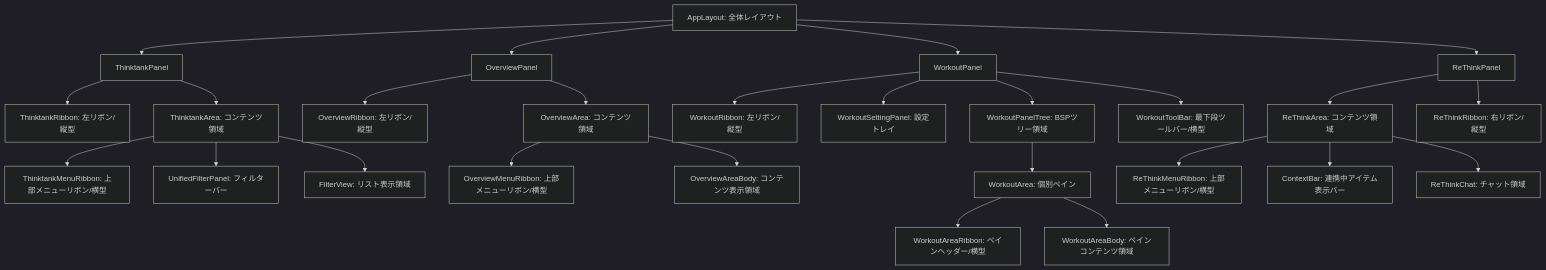
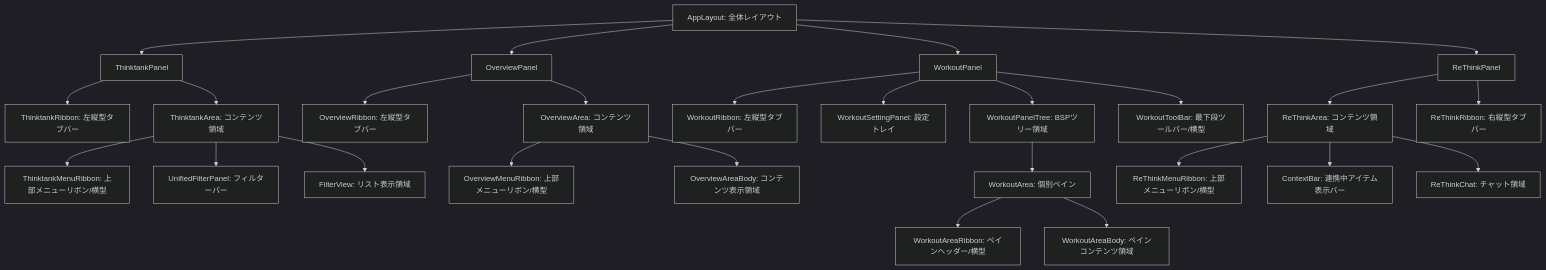
Before and after one commit to gogowooky/ThinktankWebCC: the diagram in docs/260606_Thinktank仕様書/02_UI・画面レイアウト仕様.md, drawn with Mermaid (dark theme). The commit also changed other lines of this file and 7 other files, not shown here.

````diff
--- a/docs/260606_Thinktank仕様書/02_UI・画面レイアウト仕様.md
+++ b/docs/260606_Thinktank仕様書/02_UI・画面レイアウト仕様.md
@@ -26,32 +26,32 @@
 ```mermaid
 graph TD
     AppLayout[AppLayout: 全体レイアウト] --> TTP[ThinktankPanel]
     AppLayout --> OP[OverviewPanel]
     AppLayout --> WP[WorkoutPanel]
     AppLayout --> RTP[ReThinkPanel]
 
-    TTP --> TTR[ThinktankRibbon: 左リボン/縦型]
+    TTP --> TTR[ThinktankRibbon: 左縦型タブバー]
     TTP --> TTA[ThinktankArea: コンテンツ領域]
     TTA --> TTMR[ThinktankMenuRibbon: 上部メニューリボン/横型]
     TTA --> TTF[UnifiedFilterPanel: フィルターバー]
     TTA --> TTB[FilterView: リスト表示領域]
 
-    OP --> OPR[OverviewRibbon: 左リボン/縦型]
+    OP --> OPR[OverviewRibbon: 左縦型タブバー]
     OP --> OPA[OverviewArea: コンテンツ領域]
     OPA --> OPMR[OverviewMenuRibbon: 上部メニューリボン/横型]
     OPA --> OPB[OverviewAreaBody: コンテンツ表示領域]
 
-    WP --> WRB[WorkoutRibbon: 左リボン/縦型]
+    WP --> WRB[WorkoutRibbon: 左縦型タブバー]
     WP --> WSP[WorkoutSettingPanel: 設定トレイ]
     WP --> WPT[WorkoutPanelTree: BSPツリー領域]
     WPT --> BSP[WorkoutArea: 個別ペイン]
     BSP --> WAR[WorkoutAreaRibbon: ペインヘッダー/横型]
     BSP --> WAB[WorkoutAreaBody: ペインコンテンツ領域]
     WP --> WTB[WorkoutToolBar: 最下段ツールバー/横型]
 
     RTP --> RTA[ReThinkArea: コンテンツ領域]
     RTA --> RTMR[ReThinkMenuRibbon: 上部メニューリボン/横型]
     RTA --> RTCB[ContextBar: 連携中アイテム表示バー]
     RTA --> RTCH[ReThinkChat: チャット領域]
-    RTP --> RTR[ReThinkRibbon: 右リボン/縦型]
+    RTP --> RTR[ReThinkRibbon: 右縦型タブバー]
 ```
````
